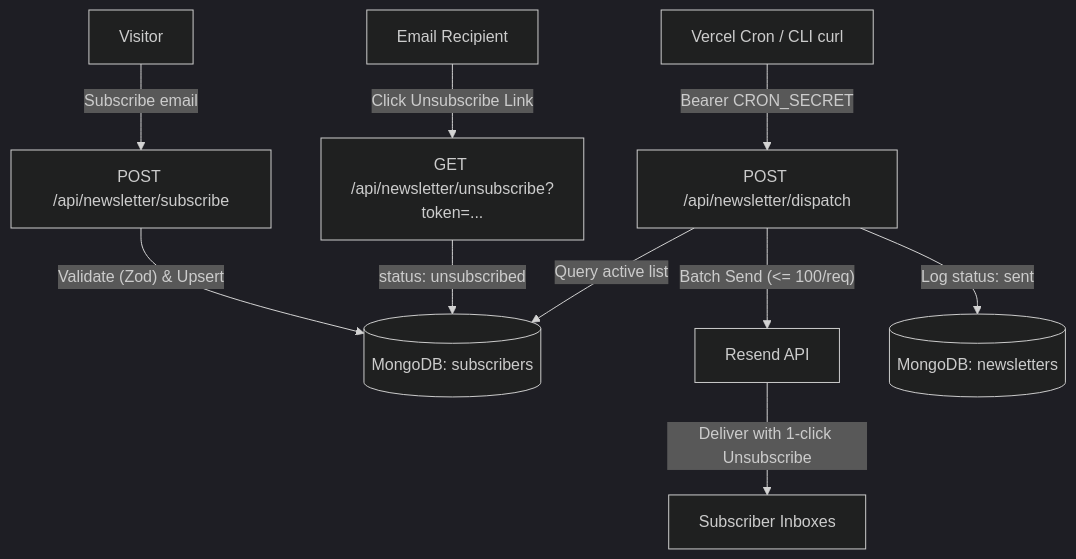
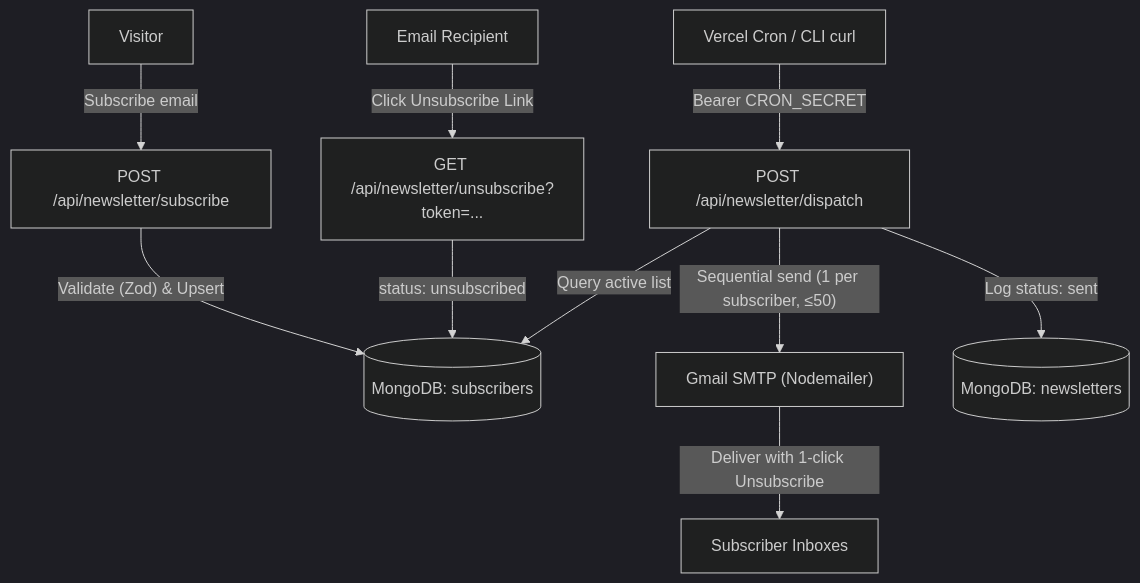
One commit to assignment-sets/portfolio changed the diagram in docs/newsletter/newsletter-architecture.md. Above: the diagram before and after it, drawn with Mermaid (dark theme). The commit also changed other lines of this file and 7 other files, not shown here.

First line of the commit message:
refactor(newsletter): migrate dispatch from Resend to Gmail SMTP

````diff
--- a/docs/newsletter/newsletter-architecture.md
+++ b/docs/newsletter/newsletter-architecture.md
@@ -11,14 +11,14 @@
 ```mermaid
 flowchart TD
     Visitor["Visitor"] -->|"Subscribe email"| SubRoute["POST /api/newsletter/subscribe"]
     SubRoute -->|"Validate (Zod) & Upsert"| MongoSub[("MongoDB: subscribers")]
 
     Cron["Vercel Cron / CLI curl"] -->|"Bearer CRON_SECRET"| DispatchRoute["POST /api/newsletter/dispatch"]
     DispatchRoute -->|"Query active list"| MongoSub
-    DispatchRoute -->|"Batch Send (<= 100/req)"| ResendAPI["Resend API"]
-    ResendAPI -->|"Deliver with 1-click Unsubscribe"| Inboxes["Subscriber Inboxes"]
+    DispatchRoute -->|"Sequential send (1 per subscriber, ≤50)"| GmailSMTP["Gmail SMTP (Nodemailer)"]
+    GmailSMTP -->|"Deliver with 1-click Unsubscribe"| Inboxes["Subscriber Inboxes"]
     DispatchRoute -->|"Log status: sent"| MongoNews[("MongoDB: newsletters")]
 
     Recipient["Email Recipient"] -->|"Click Unsubscribe Link"| UnsubRoute["GET /api/newsletter/unsubscribe?token=..."]
     UnsubRoute -->|"status: unsubscribed"| MongoSub
 ```
````
